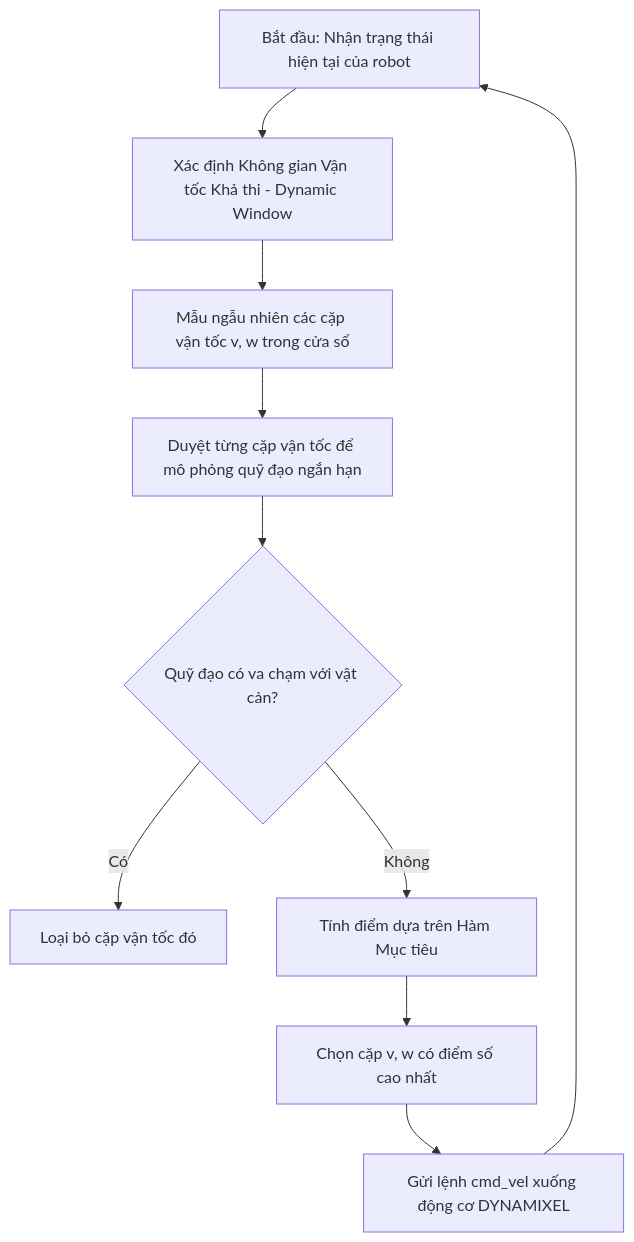
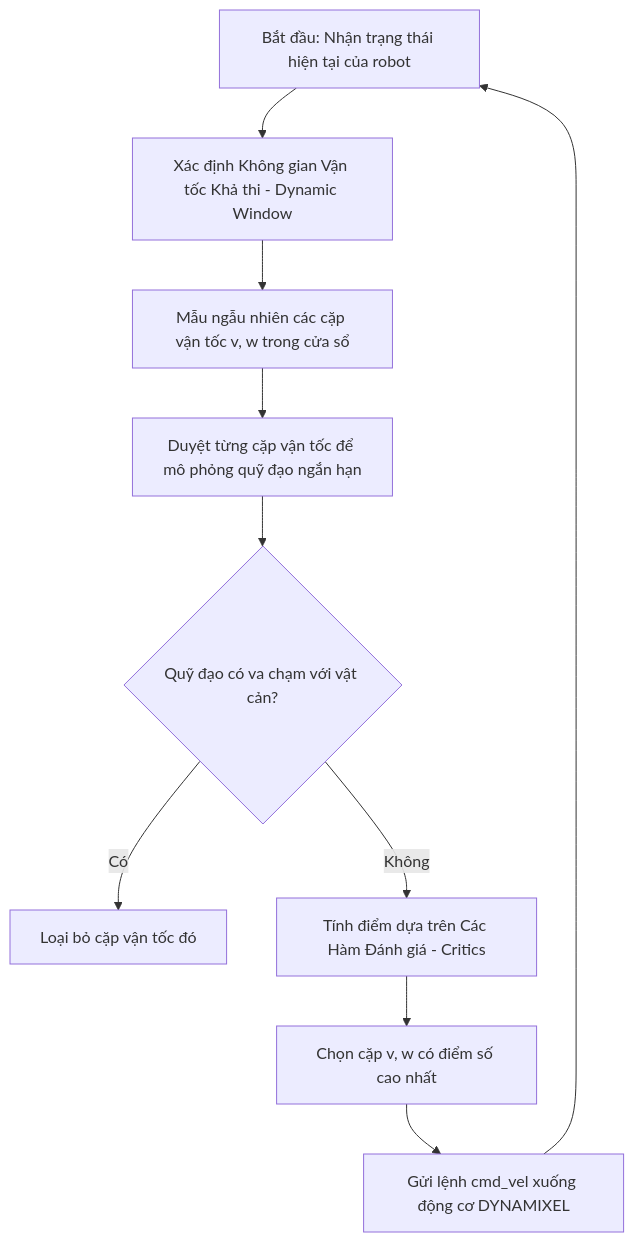
One commit to lequochuy05/CD2 changed the diagram in docs/dwa_local_planner.md. Above: the diagram before and after it, drawn with Mermaid. The commit also changed other lines of this file and 9 other files, not shown here.

````diff
--- a/docs/dwa_local_planner.md
+++ b/docs/dwa_local_planner.md
@@ -14,12 +14,12 @@
 ```mermaid
 graph TD
     A[Bắt đầu: Nhận trạng thái hiện tại của robot] --> B[Xác định Không gian Vận tốc Khả thi - Dynamic Window]
     B --> C[Mẫu ngẫu nhiên các cặp vận tốc v, w trong cửa sổ]
     C --> D[Duyệt từng cặp vận tốc để mô phỏng quỹ đạo ngắn hạn]
     D --> E{Quỹ đạo có va chạm với vật cản?}
     E -- Có --> F[Loại bỏ cặp vận tốc đó]
-    E -- Không --> G[Tính điểm dựa trên Hàm Mục tiêu]
+    E -- Không --> G[Tính điểm dựa trên Các Hàm Đánh giá - Critics]
     G --> H[Chọn cặp v, w có điểm số cao nhất]
     H --> I[Gửi lệnh cmd_vel xuống động cơ DYNAMIXEL]
     I --> A
 ```
````
